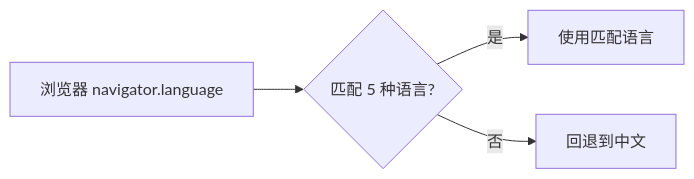
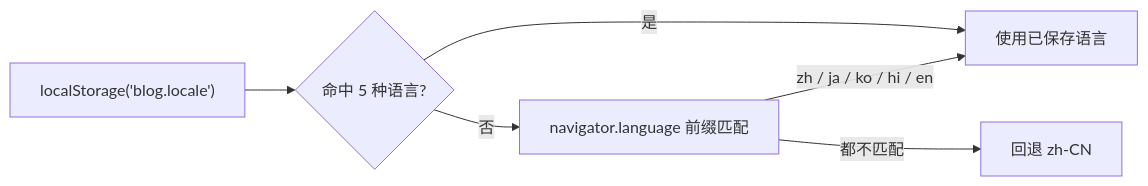
One commit to kejiland/qingyu-docs changed the diagram in i18n.mdx. Above: the diagram before and after it, drawn with Mermaid. The commit also changed other lines of this file and 24 other files, not shown here.

````diff
--- a/i18n.mdx
+++ b/i18n.mdx
@@ -18,6 +22,8 @@
 ```mermaid
 graph LR
-    A[浏览器 navigator.language] --> B{匹配 5 种语言?}
-    B -->|是| C[使用匹配语言]
-    B -->|否| D[回退到中文]
+    A["localStorage('blog.locale')"] --> B{命中 5 种语言?}
+    B -->|是| C[使用已保存语言]
+    B -->|否| D[navigator.language 前缀匹配]
+    D -->|zh / ja / ko / hi / en| C
+    D -->|都不匹配| E[回退 zh-CN]
 ```
````
